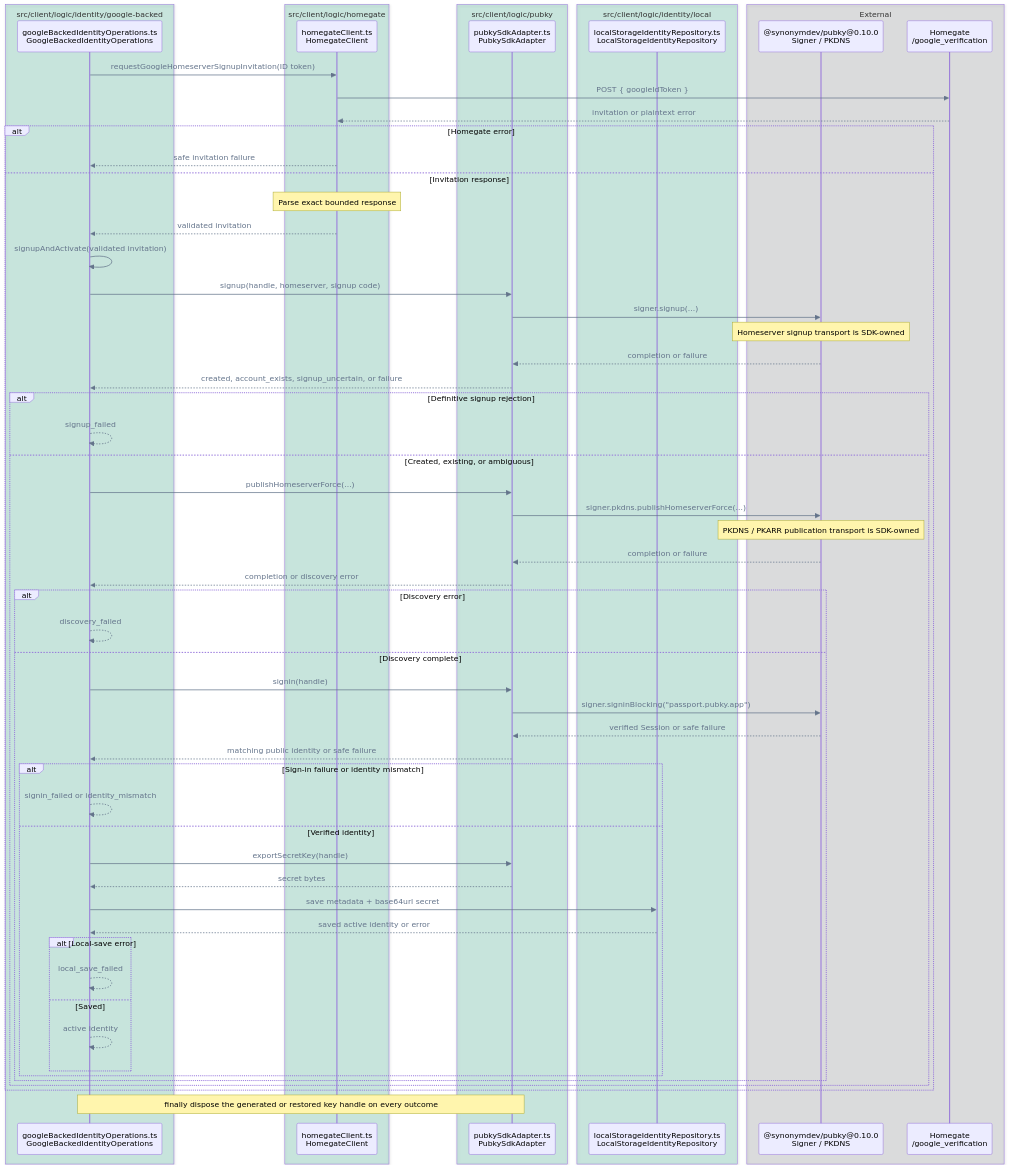
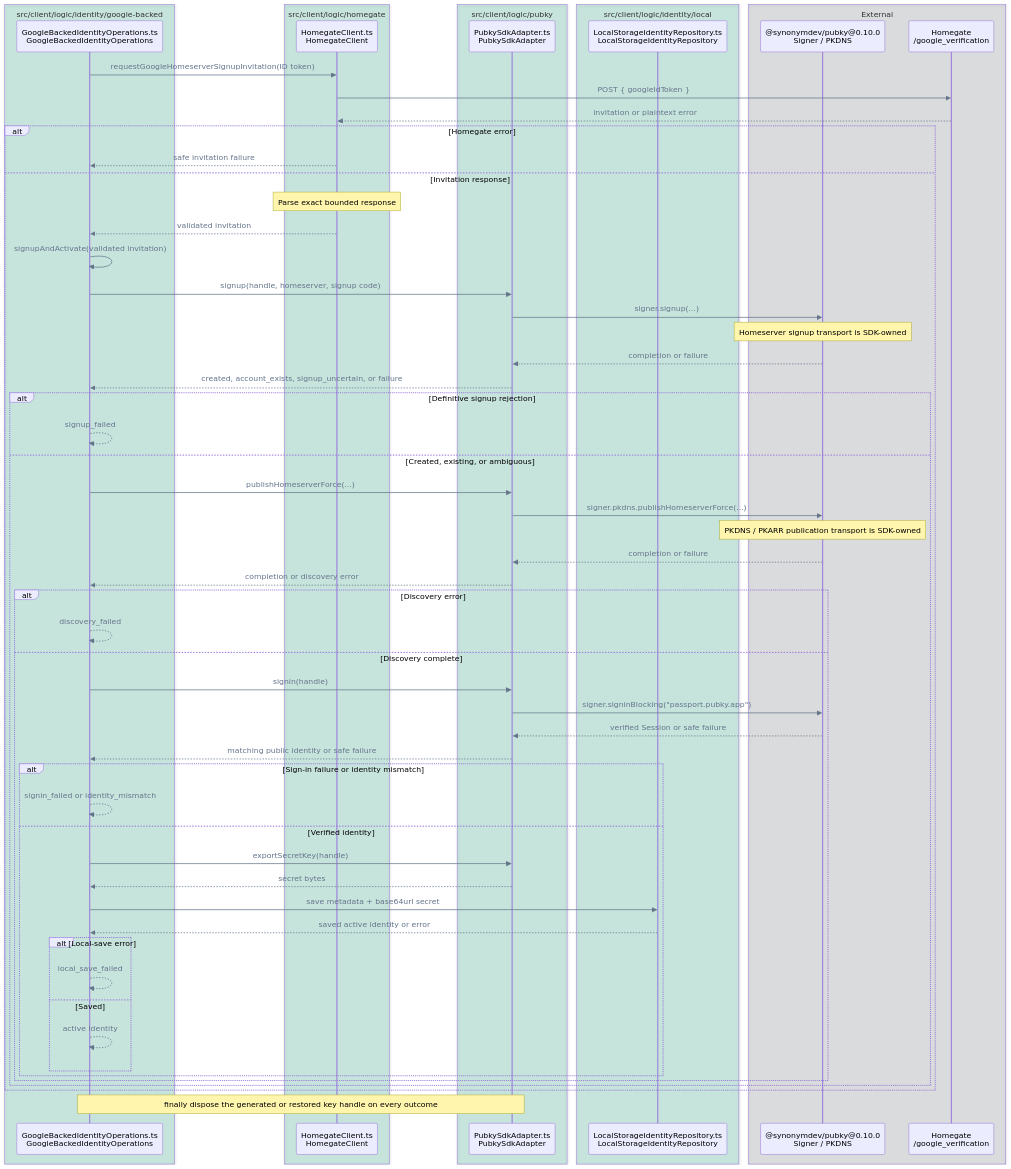
Before and after one commit to pubky/pubky-passport: diagram 11 of 14 in FLOWS.md, drawn with Mermaid. The commit also changed other lines of this file and 95 other files, not shown here.

````diff
--- a/FLOWS.md
+++ b/FLOWS.md
@@ -531,69 +531,69 @@
 ```mermaid
 %%{init: {"themeVariables": {"signalColor": "#64748B", "signalTextColor": "#64748B"}}}%%
 sequenceDiagram
     accTitle: Missing identity activation and local save call flow
     accDescr: GoogleBackedIdentityOperations requests a homeserver signup invitation, then uses its shared signup-and-activation method for both fresh creation and interrupted setup recovery.
     box rgba(0, 158, 115, 0.18) src/client/logic/identity/google-backed
-        participant Operations as googleBackedIdentityOperations.ts<br/>GoogleBackedIdentityOperations
+        participant Operations as GoogleBackedIdentityOperations.ts<br/>GoogleBackedIdentityOperations
     end
     box rgba(0, 158, 115, 0.18) src/client/logic/homegate
-        participant Invite as homegateClient.ts<br/>HomegateClient
+        participant Invite as HomegateClient.ts<br/>HomegateClient
     end
     box rgba(0, 158, 115, 0.18) src/client/logic/pubky
-        participant Pubky as pubkySdkAdapter.ts<br/>PubkySdkAdapter
+        participant Pubky as PubkySdkAdapter.ts<br/>PubkySdkAdapter
     end
     box rgba(0, 158, 115, 0.18) src/client/logic/identity/local
-        participant Repo as localStorageIdentityRepository.ts<br/>LocalStorageIdentityRepository
+        participant Repo as LocalStorageIdentityRepository.ts<br/>LocalStorageIdentityRepository
     end
     box rgba(17, 24, 39, 0.12) External
         participant SDK as @synonymdev/pubky@0.10.0<br/>Signer / PKDNS
         participant Homegate as Homegate<br/>/google_verification
     end
 
     Operations->>Invite: requestGoogleHomeserverSignupInvitation(ID token)
     Invite->>Homegate: POST { googleIdToken }
     Homegate-->>Invite: invitation or plaintext error
     alt Homegate error
         Invite-->>Operations: safe invitation failure
     else Invitation response
         Note over Invite: Parse exact bounded response
         Invite-->>Operations: validated invitation
         Operations->>Operations: signupAndActivate(validated invitation)
         Operations->>Pubky: signup(handle, homeserver, signup code)
         Pubky->>SDK: signer.signup(...)
         Note over SDK: Homeserver signup transport is SDK-owned
         SDK-->>Pubky: completion or failure
         Pubky-->>Operations: created, account_exists, signup_uncertain, or failure
         alt Definitive signup rejection
             Operations-->>Operations: signup_failed
         else Created, existing, or ambiguous
             Operations->>Pubky: publishHomeserverForce(...)
             Pubky->>SDK: signer.pkdns.publishHomeserverForce(...)
             Note over SDK: PKDNS / PKARR publication transport is SDK-owned
             SDK-->>Pubky: completion or failure
             Pubky-->>Operations: completion or discovery error
             alt Discovery error
                 Operations-->>Operations: discovery_failed
             else Discovery complete
                 Operations->>Pubky: signin(handle)
                 Pubky->>SDK: signer.signinBlocking("passport.pubky.app")
                 SDK-->>Pubky: verified Session or safe failure
                 Pubky-->>Operations: matching public identity or safe failure
                 alt Sign-in failure or identity mismatch
                     Operations-->>Operations: signin_failed or identity_mismatch
                 else Verified identity
                     Operations->>Pubky: exportSecretKey(handle)
                     Pubky-->>Operations: secret bytes
                     Operations->>Repo: save metadata + base64url secret
                     Repo-->>Operations: saved active identity or error
                     alt Local-save error
                         Operations-->>Operations: local_save_failed
                     else Saved
                         Operations-->>Operations: active identity
                     end
                 end
             end
         end
     end
     Note over Operations,Pubky: finally dispose the generated or restored key handle on every outcome
 ```
````
